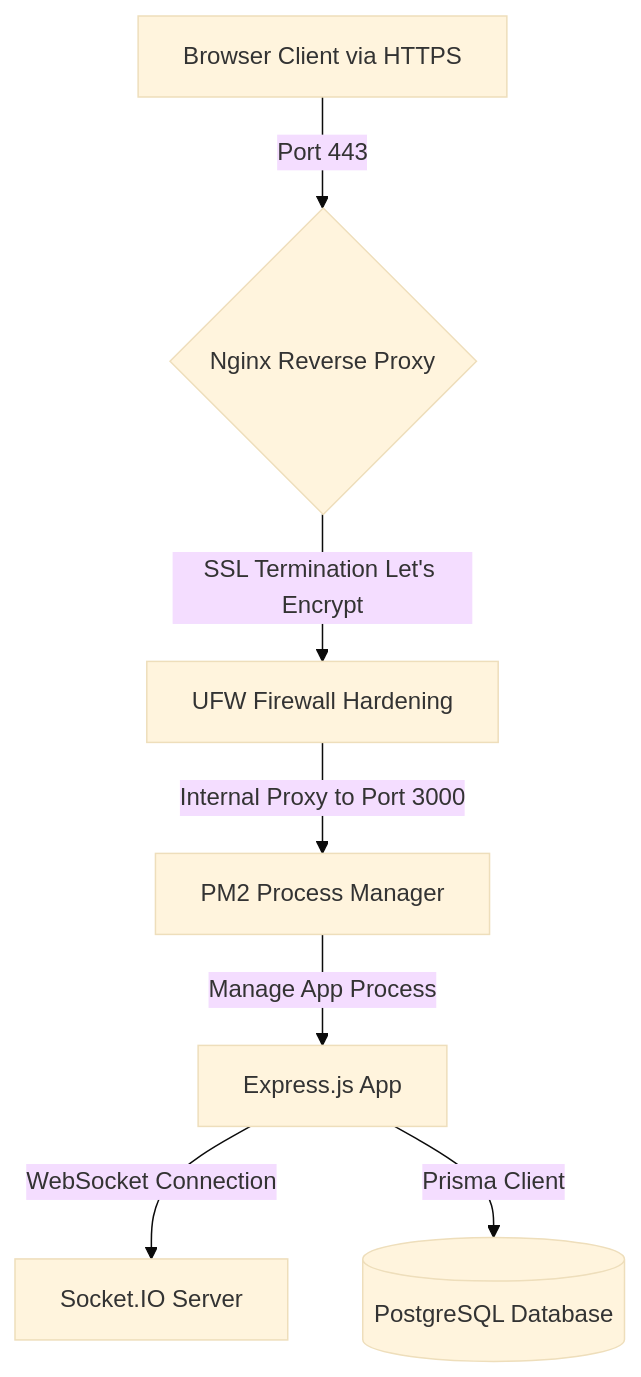
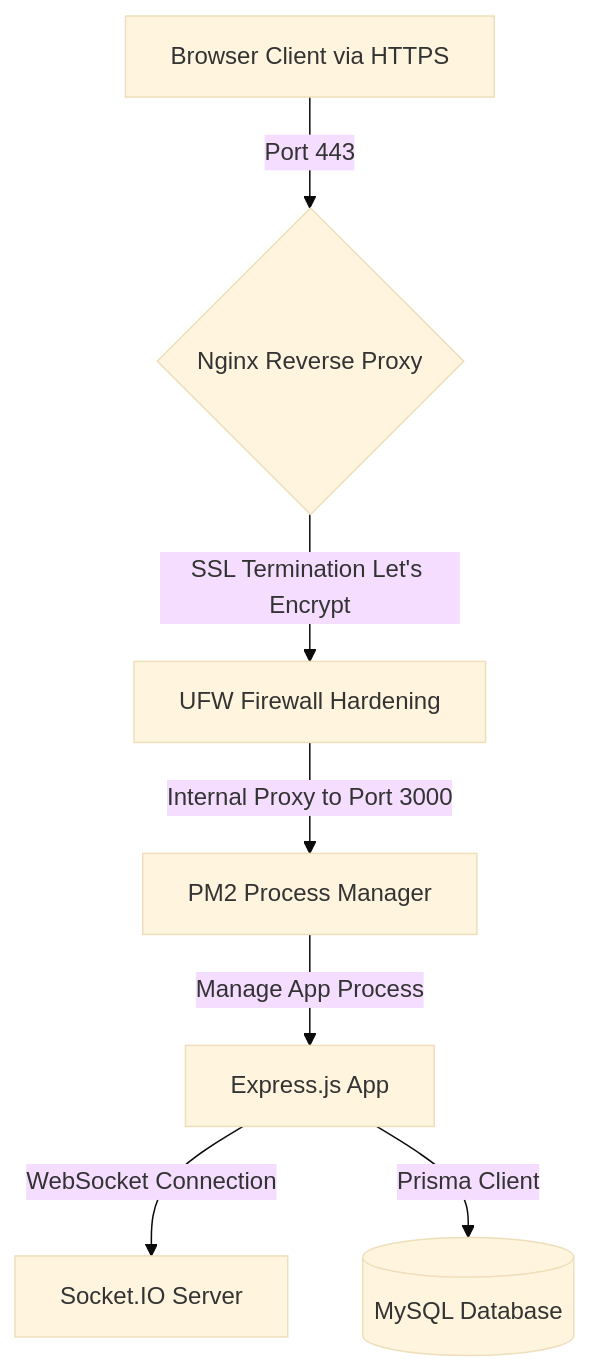
Before and after one commit to Daikigoestoearth/wad-capstone: the diagram in README.md, drawn with Mermaid (base theme). The commit also changed other lines of this file, not shown here.

Commit message:
docs: update database references to MySQL in README.md

````diff
--- a/README.md
+++ b/README.md
@@ -142,9 +142,9 @@
 ```mermaid
 graph TD
     Client[Browser Client via HTTPS] -->|Port 443| Nginx{Nginx Reverse Proxy}
     Nginx -->|SSL Termination Let's Encrypt| UFW[UFW Firewall Hardening]
     UFW -->|Internal Proxy to Port 3000| PM2[PM2 Process Manager]
     PM2 -->|Manage App Process| ExpressApp[Express.js App]
     ExpressApp -->|WebSocket Connection| SocketIO[Socket.IO Server]
-    ExpressApp -->|Prisma Client| DB[(PostgreSQL Database)]
+    ExpressApp -->|Prisma Client| DB[(MySQL Database)]
 ```
````
